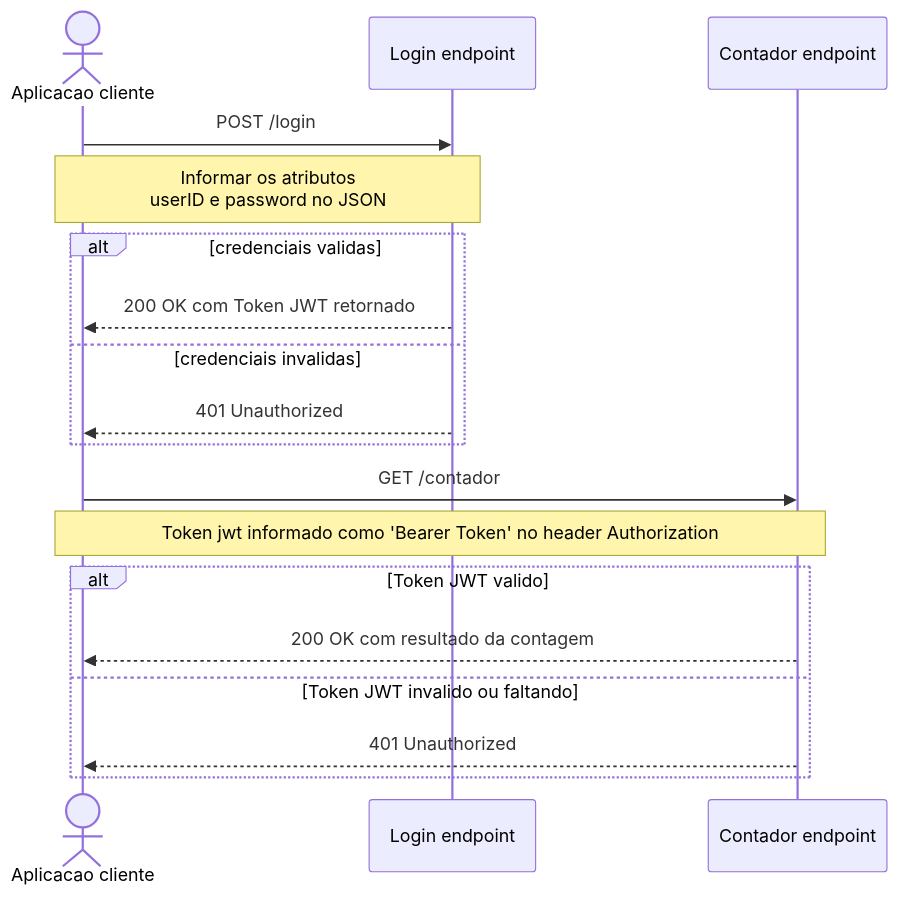
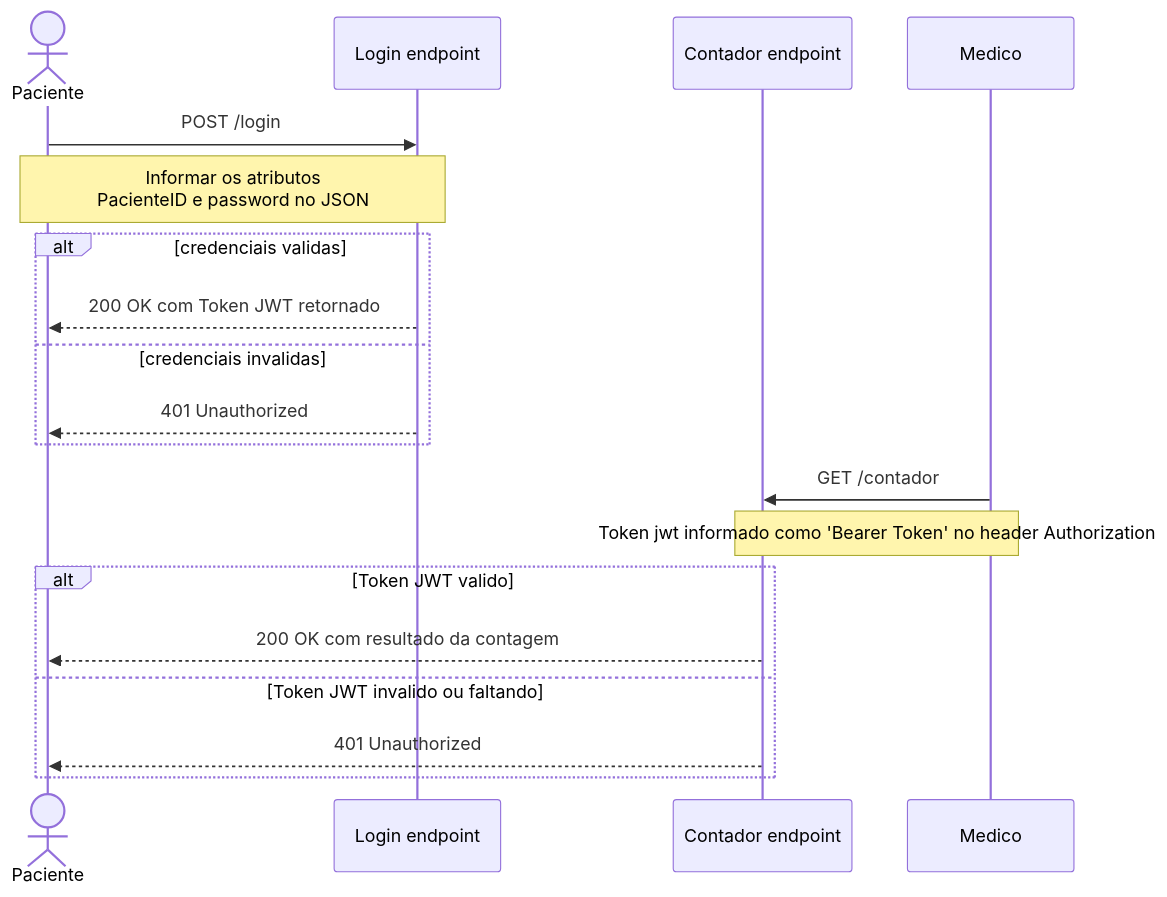
Before and after one commit to simonecrj/appIA: the diagram in diagrama-vida-facil.md, drawn with Mermaid.

````diff
--- a/diagrama-vida-facil.md
+++ b/diagrama-vida-facil.md
@@ -3,20 +3,20 @@
 ```mermaid
 sequenceDiagram
-    actor Aplicacao cliente
+    actor Paciente
     participant Login endpoint
     participant Contador endpoint
-    Aplicacao cliente->>Login endpoint: POST /login
-    Note over Aplicacao cliente,Login endpoint: Informar os atributos<br/>userID e password no JSON
+    Paciente->>Login endpoint: POST /login
+    Note over Paciente,Login endpoint: Informar os atributos<br/>PacienteID e password no JSON
     alt credenciais validas
-        Login endpoint-->>Aplicacao cliente: 200 OK com Token JWT retornado
+        Login endpoint-->>Paciente: 200 OK com Token JWT retornado
     else credenciais invalidas
-        Login endpoint-->>Aplicacao cliente: 401 Unauthorized
+        Login endpoint-->>Paciente: 401 Unauthorized
     end
-    Aplicacao cliente->>Contador endpoint: GET /contador
-    Note over Aplicacao cliente,Contador endpoint: Token jwt informado como 'Bearer Token' no header Authorization
+    Medico->>Contador endpoint: GET /contador
+    Note over Medico,Contador endpoint: Token jwt informado como 'Bearer Token' no header Authorization
     alt Token JWT valido
-        Contador endpoint-->>Aplicacao cliente: 200 OK com resultado da contagem
+        Contador endpoint-->>Paciente: 200 OK com resultado da contagem
     else Token JWT invalido ou faltando
-        Contador endpoint-->>Aplicacao cliente: 401 Unauthorized
+        Contador endpoint-->>Paciente: 401 Unauthorized
     end
 ```
````
